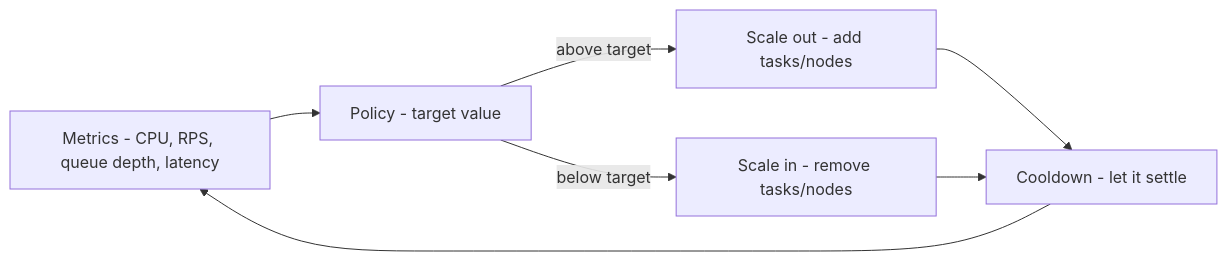
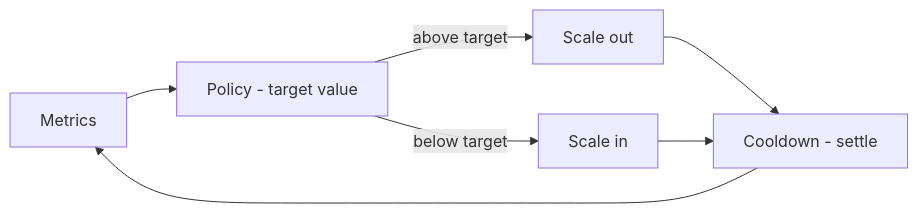
The first of 2 diagrams in docs/03-auto-scaling.md (AnkitTiwari643/infrastructure-thinking), drawn with Mermaid before and after one commit. The commit also changed other lines of this file and 5 other files, not shown here.

Commit message:
feat: basics-to-architect rewrite (01-04) + database backup strategy guide

````diff
--- a/docs/03-auto-scaling.md
+++ b/docs/03-auto-scaling.md
@@ -5,9 +7,9 @@
 ```mermaid
 flowchart LR
-    M[Metrics - CPU, RPS, queue depth, latency] --> P[Policy - target value]
-    P -->|above target| OUT[Scale out - add tasks/nodes]
-    P -->|below target| IN[Scale in - remove tasks/nodes]
-    OUT --> C[Cooldown - let it settle]
+    M[Metrics] --> P[Policy - target value]
+    P -->|above target| OUT[Scale out]
+    P -->|below target| IN[Scale in]
+    OUT --> C[Cooldown - settle]
     IN --> C
     C --> M
 ```
````
